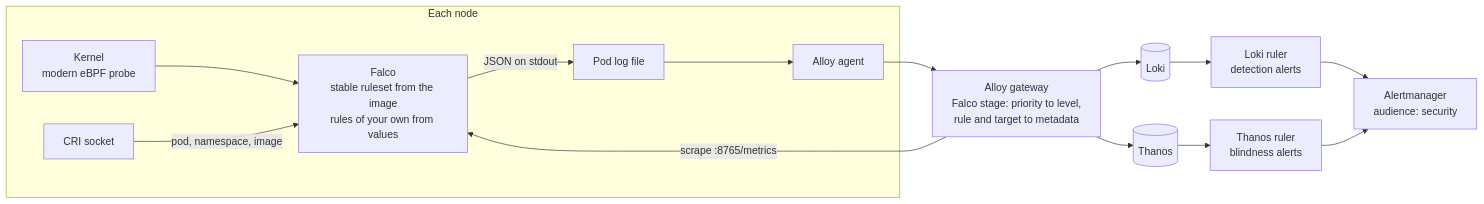
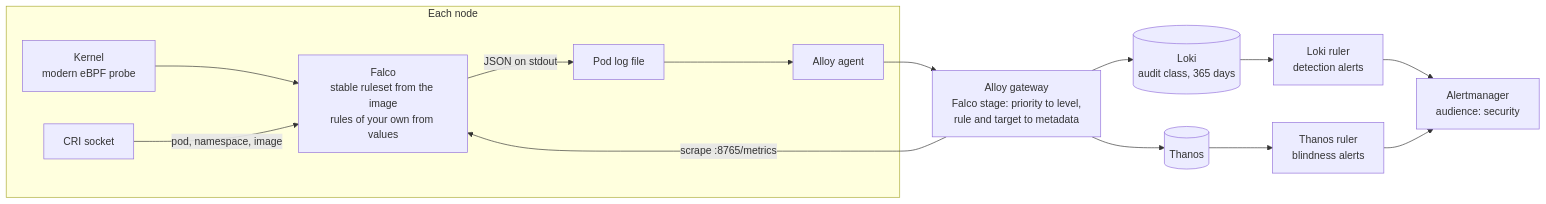
One commit to MaterializeInc/materialize-monitoring changed the diagram in docs/content/reference/development/design-docs/20261027-falco-runtime-security.md. Above: the diagram before and after it, drawn with Mermaid. The commit also changed other lines of this file and 1 other file, not shown here.

First line of the commit message:
Falco design: performance, audit-class detections, and the security audience up front

````diff
--- a/docs/content/reference/development/design-docs/20261027-falco-runtime-security.md
+++ b/docs/content/reference/development/design-docs/20261027-falco-runtime-security.md
@@ -124,30 +201,30 @@
 ```mermaid
 flowchart LR
   subgraph node["Each node"]
     kernel["Kernel<br/>modern eBPF probe"]
     cri["CRI socket"]
     falco["Falco<br/>stable ruleset from the image<br/>rules of your own from values"]
     file["Pod log file"]
     agent["Alloy agent"]
     kernel --> falco
     cri -->|"pod, namespace, image"| falco
     falco -->|"JSON on stdout"| file
     file --> agent
   end
 
   gw["Alloy gateway<br/>Falco stage: priority to level,<br/>rule and target to metadata"]
-  loki[("Loki")]
+  loki[("Loki<br/>audit class, 365 days")]
   thanos[("Thanos")]
   lruler["Loki ruler<br/>detection alerts"]
   truler["Thanos ruler<br/>blindness alerts"]
   am["Alertmanager<br/>audience: security"]
 
   agent --> gw
   gw --> loki
   gw -->|"scrape :8765/metrics"| falco
   gw --> thanos
   loki --> lruler
   thanos --> truler
   lruler --> am
   truler --> am
 ```
````
